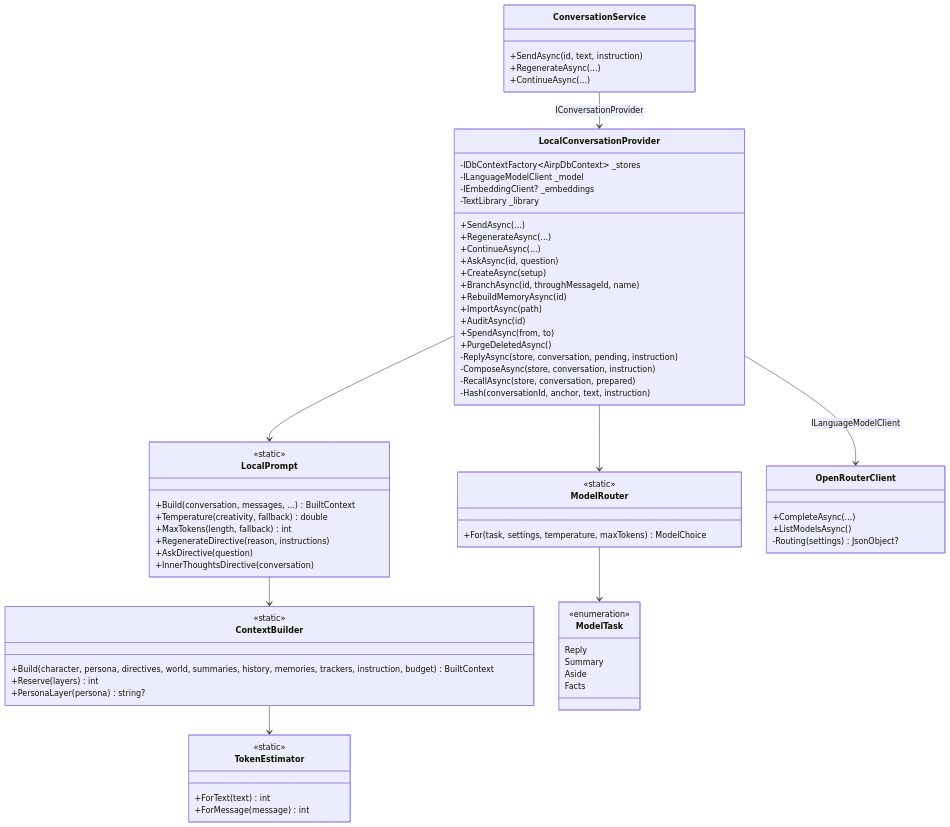
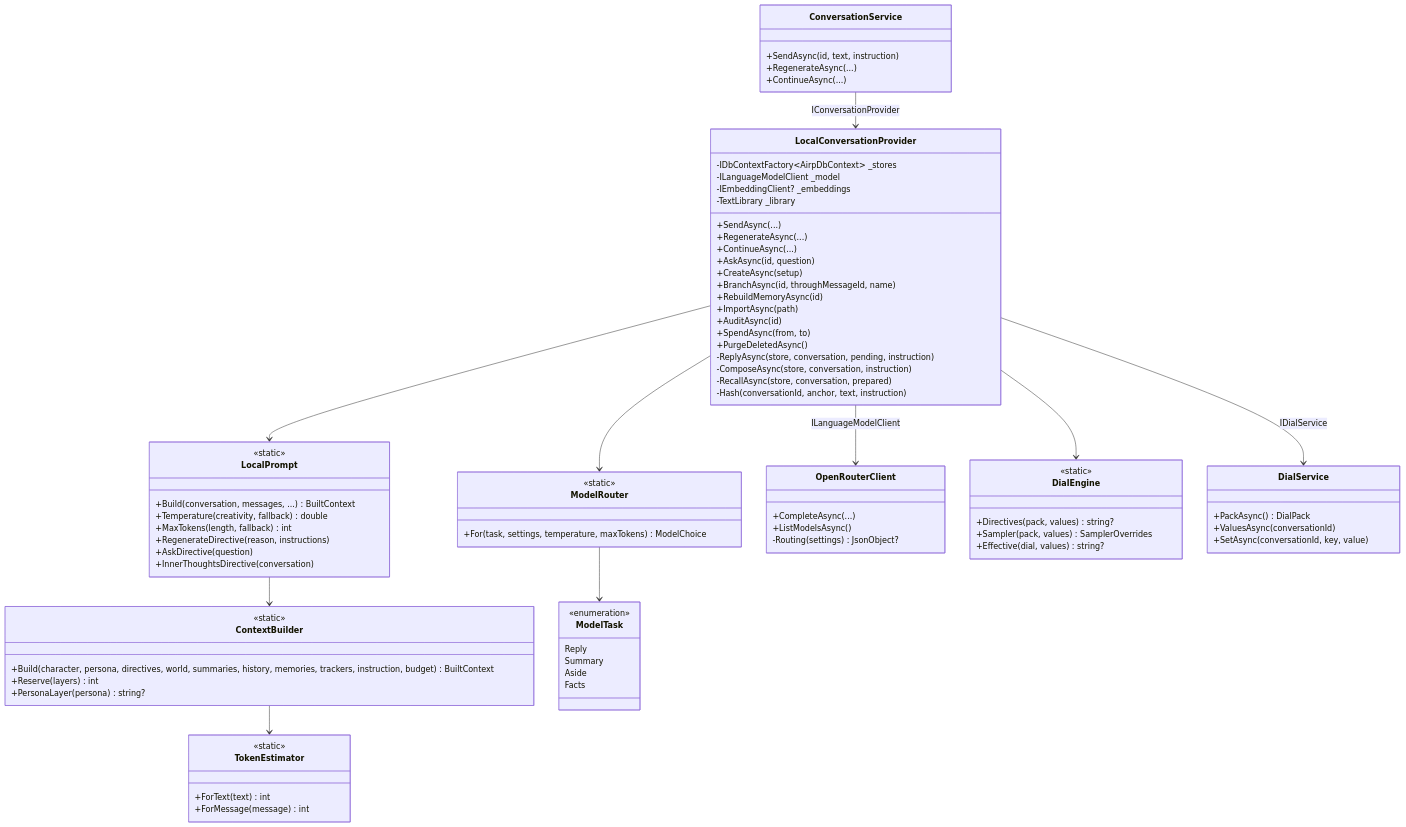
The fourth of 8 diagrams in docs/ARCHITECTURE.md (argamboad/custom-airp), drawn with Mermaid before and after one commit. The commit also changed other lines of this file and 38 other files, not shown here.

```diff
--- a/docs/ARCHITECTURE.md
+++ b/docs/ARCHITECTURE.md
@@ -282,8 +282,21 @@
         +ForText(text) int
         +ForMessage(message) int
     }
+    class DialEngine {
+        <<static>>
+        +Directives(pack, values) string?
+        +Sampler(pack, values) SamplerOverrides
+        +Effective(dial, values) string?
+    }
+    class DialService {
+        +PackAsync() DialPack
+        +ValuesAsync(conversationId)
+        +SetAsync(conversationId, key, value)
+    }
     ConversationService --> LocalConversationProvider : IConversationProvider
     LocalConversationProvider --> LocalPrompt
+    LocalConversationProvider --> DialEngine
+    LocalConversationProvider --> DialService : IDialService
     LocalConversationProvider --> ModelRouter
     LocalConversationProvider --> OpenRouterClient : ILanguageModelClient
     LocalPrompt --> ContextBuilder
```
